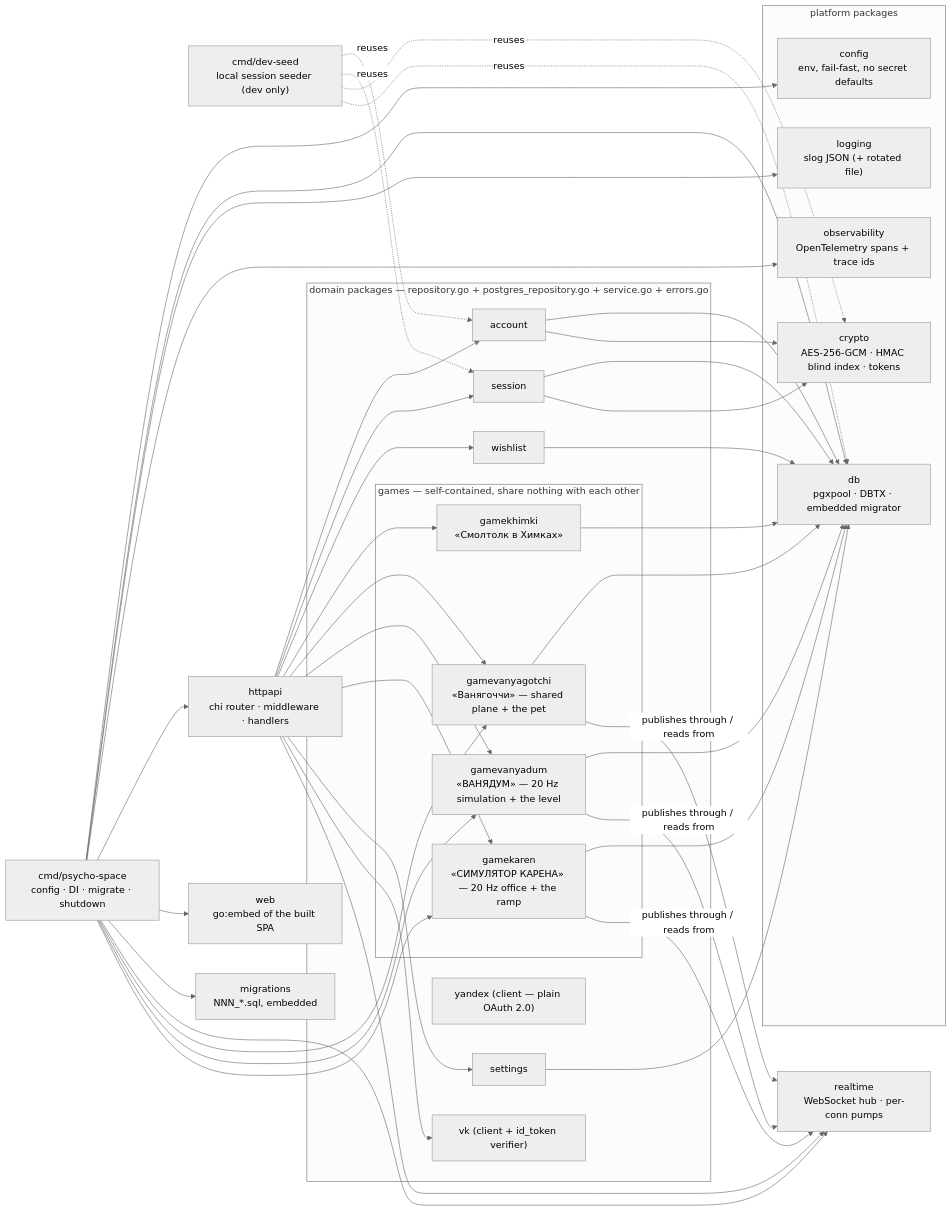
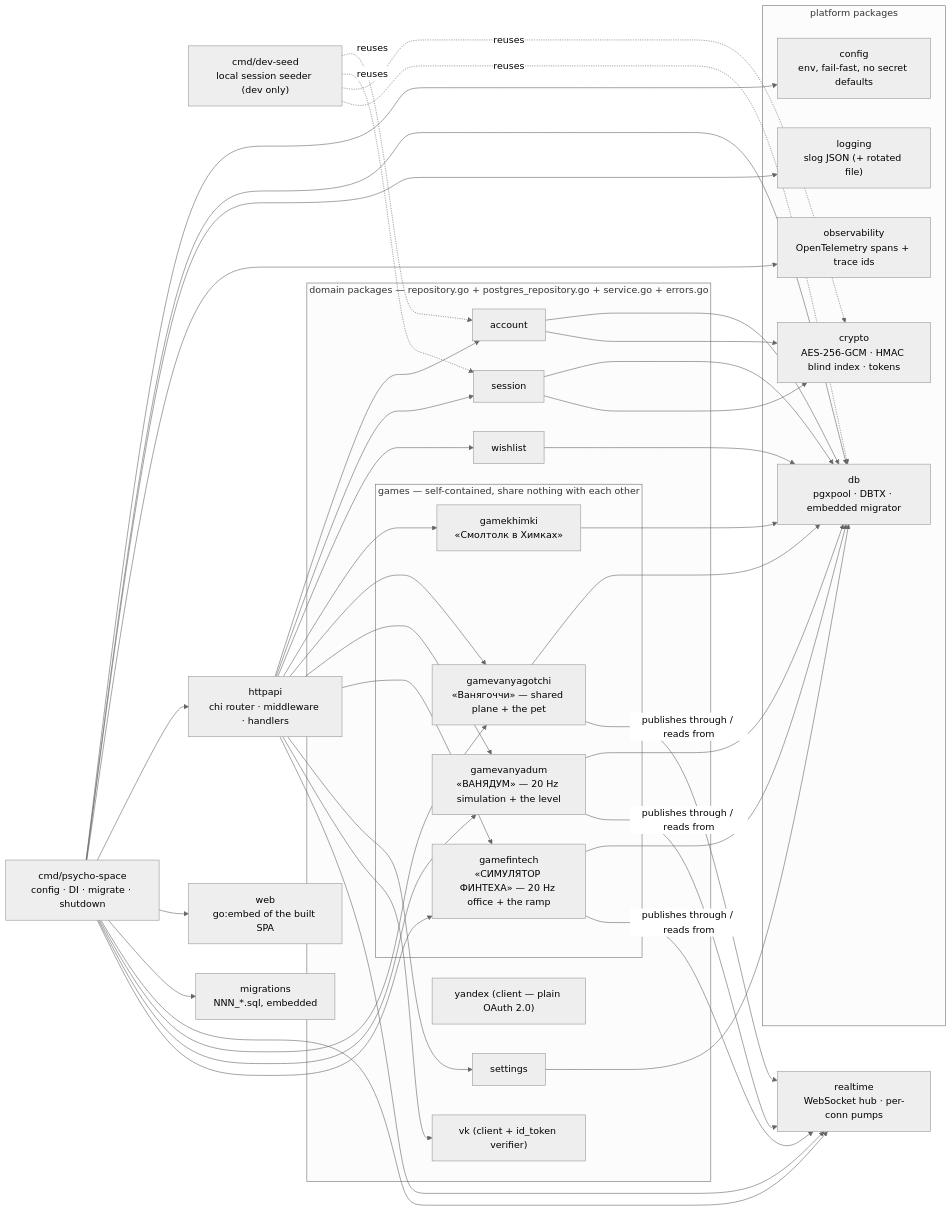
Before and after one commit to SergeyZSpb/psycho-space: diagram 11 of 13 in docs/ARCHITECTURE.md, drawn with Mermaid (neutral theme). The commit also changed other lines of this file and 83 other files, not shown here.

````diff
--- a/docs/ARCHITECTURE.md
+++ b/docs/ARCHITECTURE.md
@@ -439,41 +439,41 @@
 ```mermaid
 flowchart LR
     MAIN["cmd/psycho-space<br/>config · DI · migrate · shutdown"]
     SEED["cmd/dev-seed<br/>local session seeder (dev only)"]
 
     subgraph platform["platform packages"]
         CFG["config<br/>env, fail-fast, no secret defaults"]
         CRY["crypto<br/>AES-256-GCM · HMAC blind index · tokens"]
         DB["db<br/>pgxpool · DBTX · embedded migrator"]
         LOG["logging<br/>slog JSON (+ rotated file)"]
         OBS["observability<br/>OpenTelemetry spans + trace ids"]
     end
 
     HTTP["httpapi<br/>chi router · middleware · handlers"]
     RT["realtime<br/>WebSocket hub · per-conn pumps"]
 
     subgraph domain["domain packages — repository.go + postgres_repository.go + service.go + errors.go"]
         ACC["account"]
         SESS["session"]
         WISH["wishlist"]
         SET["settings"]
         VKP["vk (client + id_token verifier)"]
         YAP["yandex (client — plain OAuth 2.0)"]
         subgraph games["games — self-contained, share nothing with each other"]
             GAME["gamekhimki<br/>«Смолтолк в Химках»"]
             VANYA["gamevanyagotchi<br/>«Ванягоччи» — shared plane + the pet"]
             DUM["gamevanyadum<br/>«ВАНЯДУМ» — 20 Hz simulation + the level"]
-            KAREN["gamekaren<br/>«СИМУЛЯТОР КАРЕНА» — 20 Hz office + the ramp"]
+            FINTECH["gamefintech<br/>«СИМУЛЯТОР ФИНТЕХА» — 20 Hz office + the ramp"]
         end
     end
 
     WEB["web<br/>go:embed of the built SPA"]
     MIG["migrations<br/>NNN_*.sql, embedded"]
 
-    MAIN --> CFG & DB & LOG & OBS & HTTP & WEB & MIG & RT & VANYA & DUM & KAREN
-    HTTP --> ACC & SESS & WISH & GAME & VANYA & DUM & KAREN & SET & VKP & RT
-    ACC & SESS & WISH & GAME & VANYA & DUM & KAREN & SET --> DB
+    MAIN --> CFG & DB & LOG & OBS & HTTP & WEB & MIG & RT & VANYA & DUM & FINTECH
+    HTTP --> ACC & SESS & WISH & GAME & VANYA & DUM & FINTECH & SET & VKP & RT
+    ACC & SESS & WISH & GAME & VANYA & DUM & FINTECH & SET --> DB
     ACC & SESS --> CRY
-    VANYA & DUM & KAREN -- "publishes through / reads from" --> RT
+    VANYA & DUM & FINTECH -- "publishes through / reads from" --> RT
     SEED -.reuses.-> ACC & SESS & CRY & DB
 ```
````
